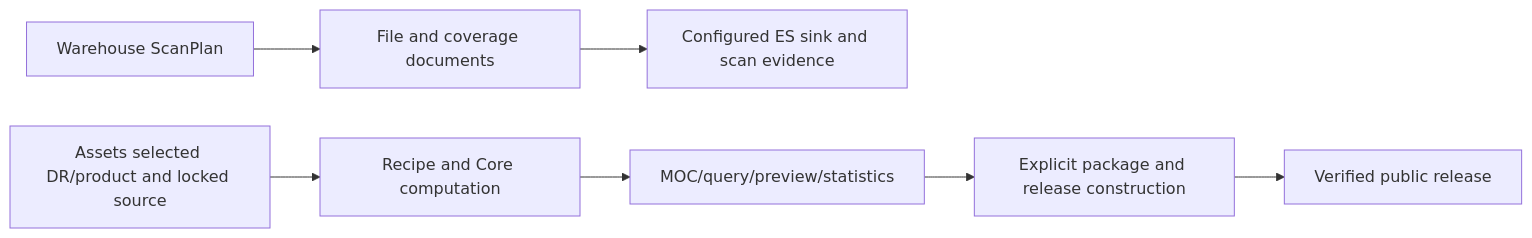
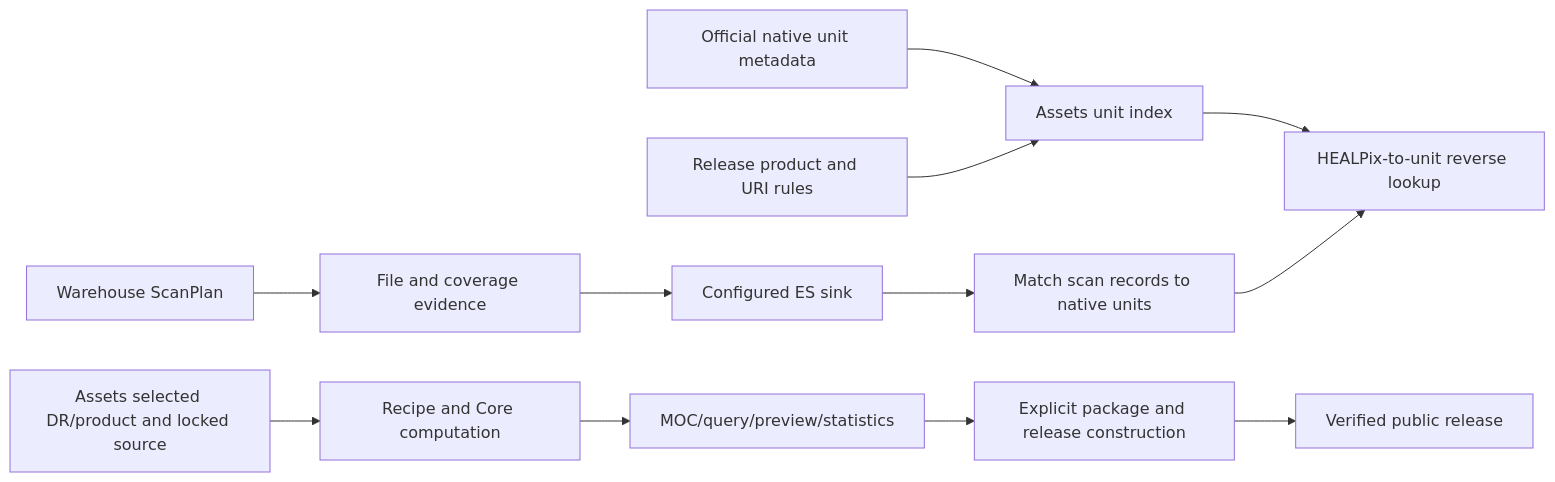
One commit to Astro-Survey-Atlas/Assets changed the second of 3 diagrams in docs/coverage-workflow.md. Above: the diagram before and after it, drawn with Mermaid. The commit also changed other lines of this file and 40 other files, not shown here.

````diff
--- a/docs/coverage-workflow.md
+++ b/docs/coverage-workflow.md
@@ -34,9 +331,14 @@
 ```mermaid
 flowchart LR
-  A[Warehouse ScanPlan] --> B[File and coverage documents]
-  B --> C[Configured ES sink and scan evidence]
-  D[Assets selected DR/product and locked source] --> E[Recipe and Core computation]
-  E --> F[MOC/query/preview/statistics]
-  F --> G[Explicit package and release construction]
-  G --> H[Verified public release]
+  A[Official native unit metadata] --> B[Assets unit index]
+  C[Release product and URI rules] --> B
+  D[Warehouse ScanPlan] --> E[File and coverage evidence]
+  E --> F[Configured ES sink]
+  F --> G[Match scan records to native units]
+  B --> H[HEALPix-to-unit reverse lookup]
+  G --> H
+  I[Assets selected DR/product and locked source] --> J[Recipe and Core computation]
+  J --> K[MOC/query/preview/statistics]
+  K --> L[Explicit package and release construction]
+  L --> M[Verified public release]
 ```
````
